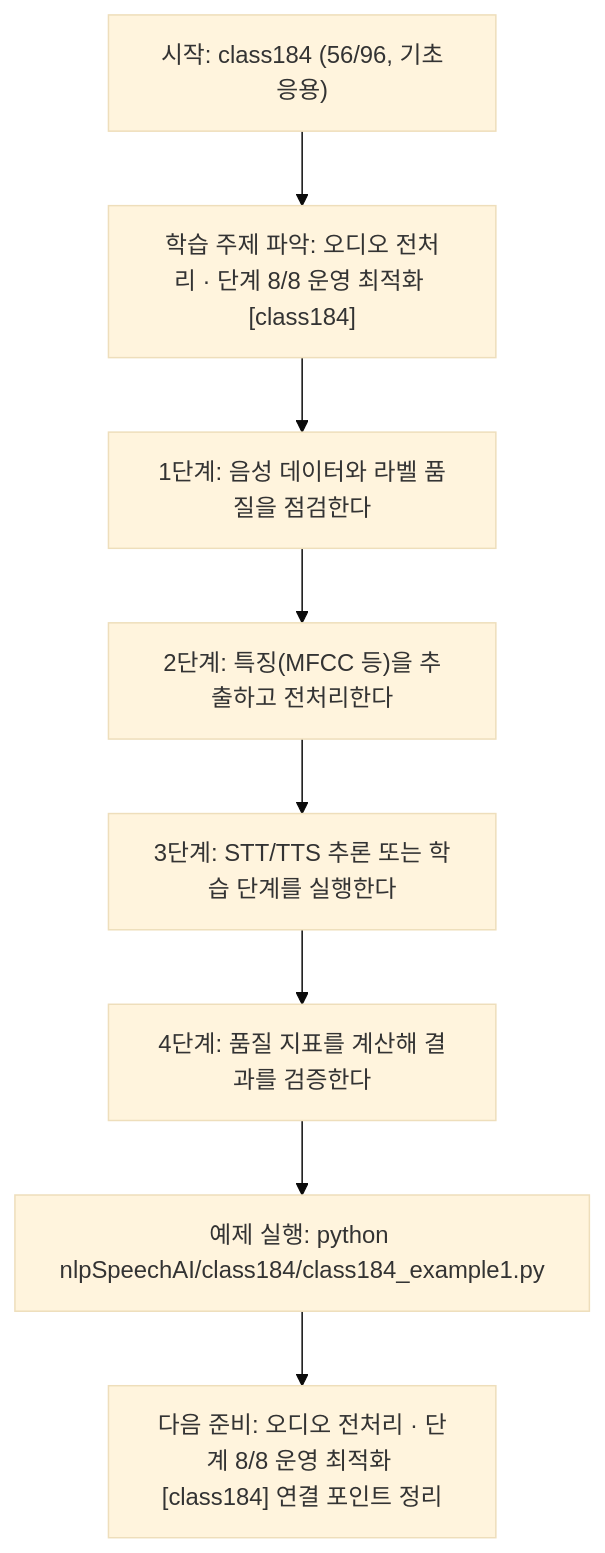
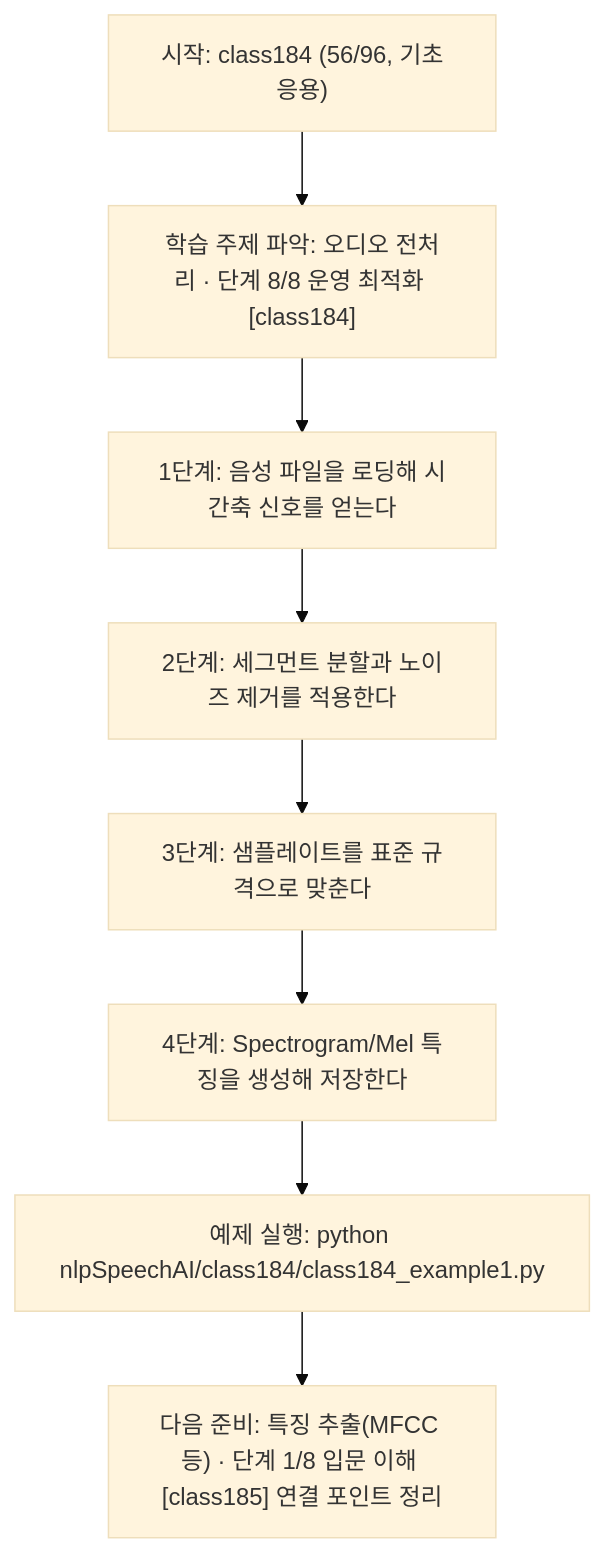
Before and after one commit to edumgt/Python-AI_Agent-Class: the diagram in nlpSpeechAI/class184/class184.md, drawn with Mermaid (base theme). The commit also changed other lines of this file and 1122 other files, not shown here.

````diff
--- a/nlpSpeechAI/class184/class184.md
+++ b/nlpSpeechAI/class184/class184.md
@@ -113,18 +95,18 @@
 ```mermaid
 flowchart TD
 N1["시작: class184 (56/96, 기초응용)"]
 N2["학습 주제 파악: 오디오 전처리 · 단계 8/8 운영 최적화 [class184]"]
-N3["1단계: 음성 데이터와 라벨 품질을 점검한다"]
-N4["2단계: 특징(MFCC 등)을 추출하고 전처리한다"]
-N5["3단계: STT/TTS 추론 또는 학습 단계를 실행한다"]
-N6["4단계: 품질 지표를 계산해 결과를 검증한다"]
+N3["1단계: 음성 파일을 로딩해 시간축 신호를 얻는다"]
+N4["2단계: 세그먼트 분할과 노이즈 제거를 적용한다"]
+N5["3단계: 샘플레이트를 표준 규격으로 맞춘다"]
+N6["4단계: Spectrogram/Mel 특징을 생성해 저장한다"]
 N7["예제 실행: python nlpSpeechAI/class184/class184_example1.py"]
-N8["다음 준비: 오디오 전처리 · 단계 8/8 운영 최적화 [class184] 연결 포인트 정리"]
+N8["다음 준비: 특징 추출(MFCC 등) · 단계 1/8 입문 이해 [class185] 연결 포인트 정리"]
 N1 --> N2
 N2 --> N3
 N3 --> N4
 N4 --> N5
 N5 --> N6
 N6 --> N7
 N7 --> N8
 ```
````
